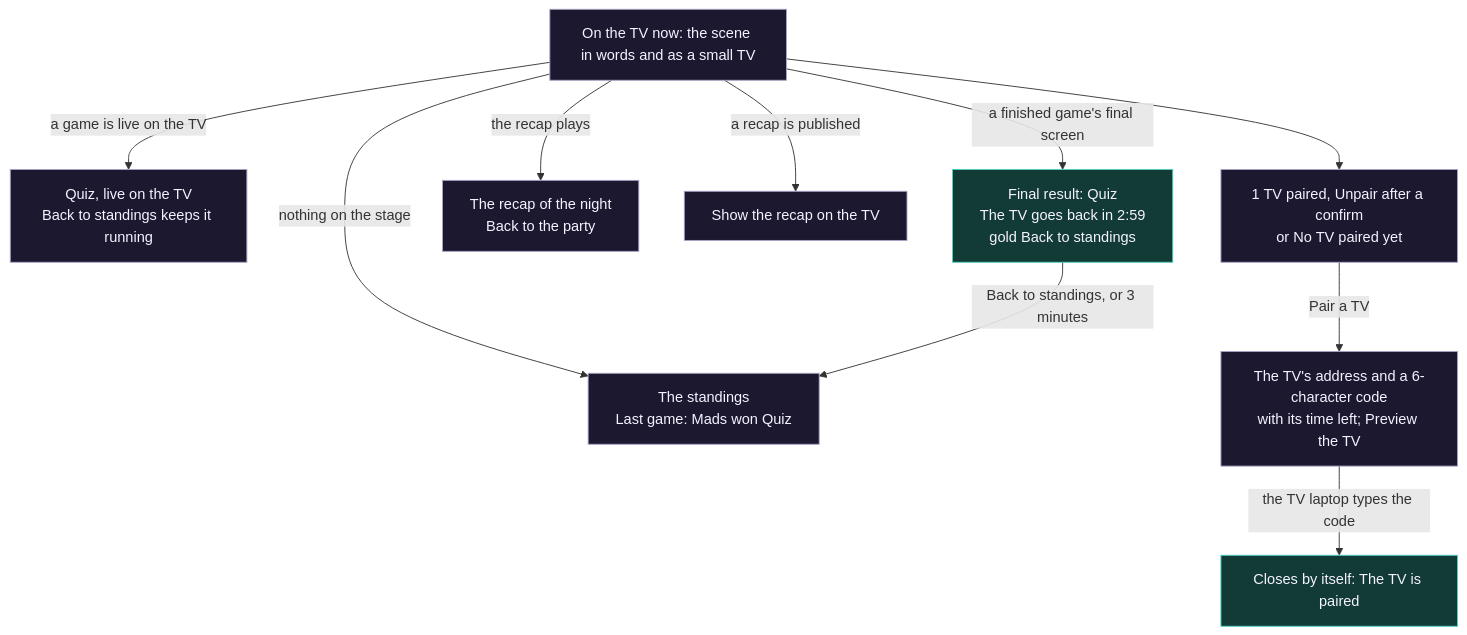
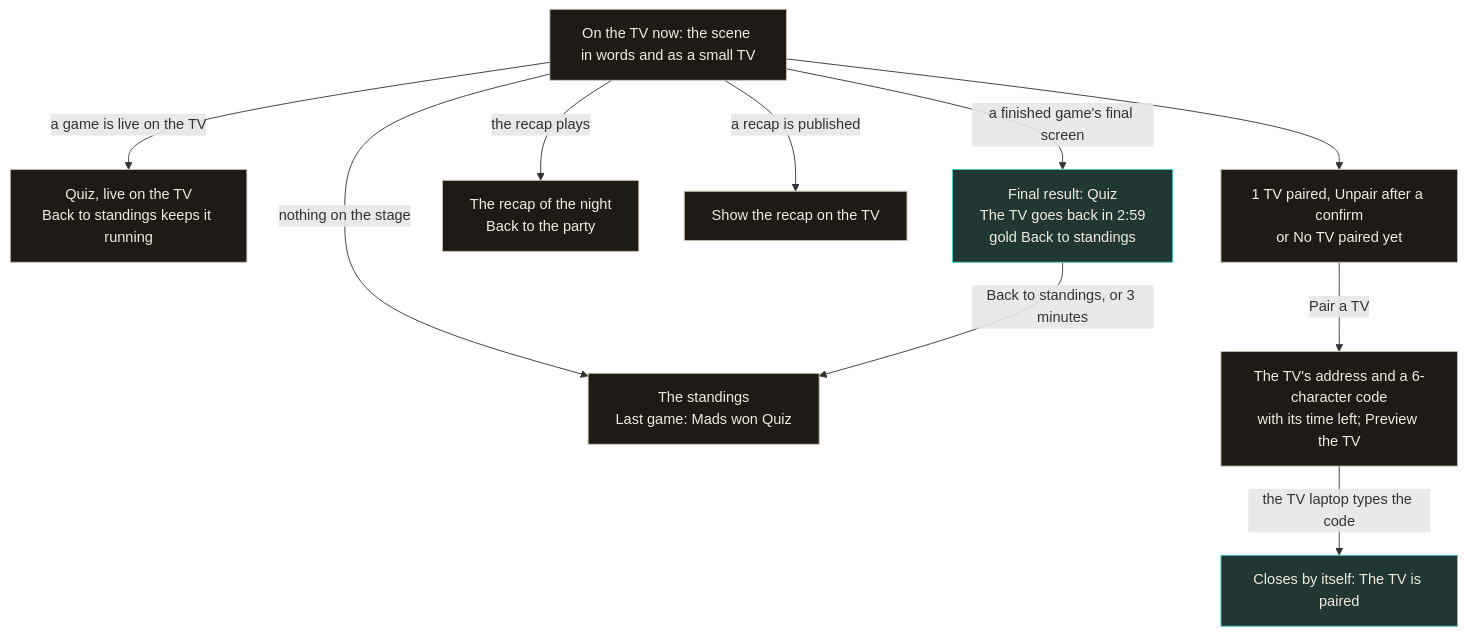
Before and after one commit to NicolaiLassen/hurra: the ninth of 14 diagrams in docs/user-flows.md, drawn with Mermaid. The commit also changed other lines of this file and 6 other files, not shown here.

````diff
--- a/docs/user-flows.md
+++ b/docs/user-flows.md
@@ -295,16 +295,16 @@
 ```mermaid
 flowchart TD
-  classDef screen fill:#1b1830,stroke:#a9a3c7,color:#f5f3ff
-  classDef closed fill:#123b36,stroke:#4fd1c5,color:#f5f3ff
+  classDef screen fill:#1e1a16,stroke:#c9bfae,color:#f2ebde
+  classDef closed fill:#203733,stroke:#4fd1c5,color:#f2ebde
 
   STAGE["On the TV now: the scene in words and as a small TV"]:::screen
   STAGE -- "a game is live on the TV" --> SLIVE["Quiz, live on the TV<br/>Back to standings keeps it running"]:::screen
   STAGE -- "a finished game's final screen" --> SFIN["Final result: Quiz<br/>The TV goes back in 2:59<br/>gold Back to standings"]:::closed
   STAGE -- "nothing on the stage" --> SSTAND["The standings<br/>Last game: Mads won Quiz"]:::screen
   STAGE -- "the recap plays" --> SREC["The recap of the night<br/>Back to the party"]:::screen
   STAGE -- "a recap is published" --> SHOWR["Show the recap on the TV"]:::screen
   STAGE --> SCR["1 TV paired, Unpair after a confirm<br/>or No TV paired yet"]:::screen
   SCR -- "Pair a TV" --> PAIR["The TV's address and a 6-character code<br/>with its time left; Preview the TV"]:::screen
   PAIR -- "the TV laptop types the code" --> PAIRED["Closes by itself: The TV is paired"]:::closed
   SFIN -- "Back to standings, or 3 minutes" --> SSTAND
 ```
````
